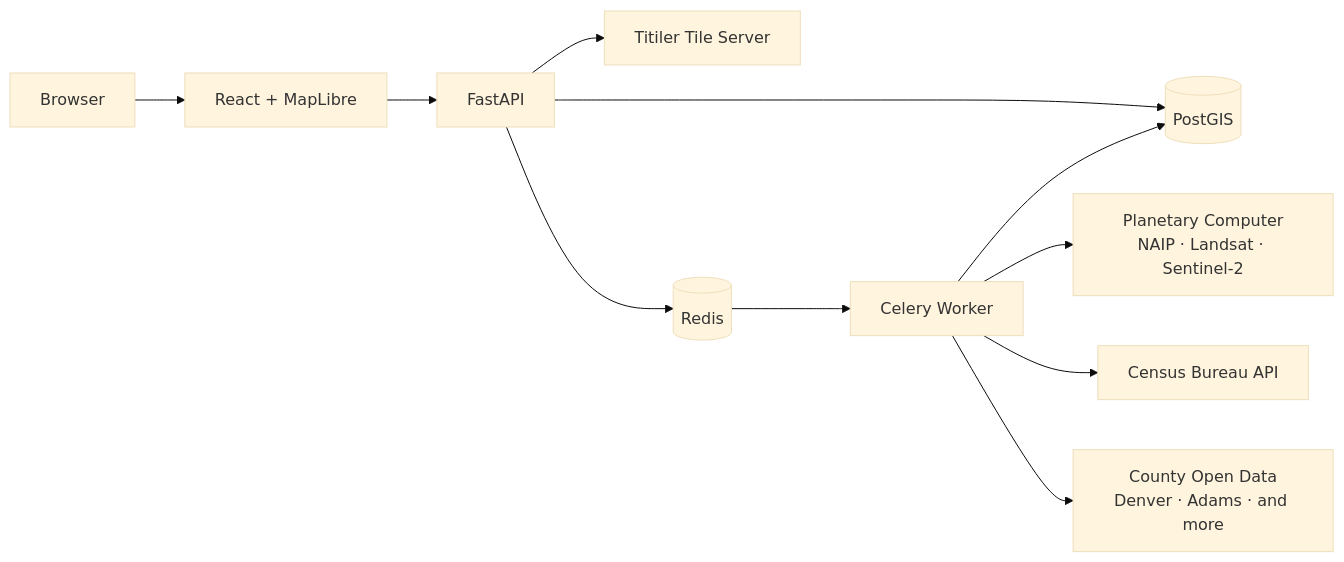
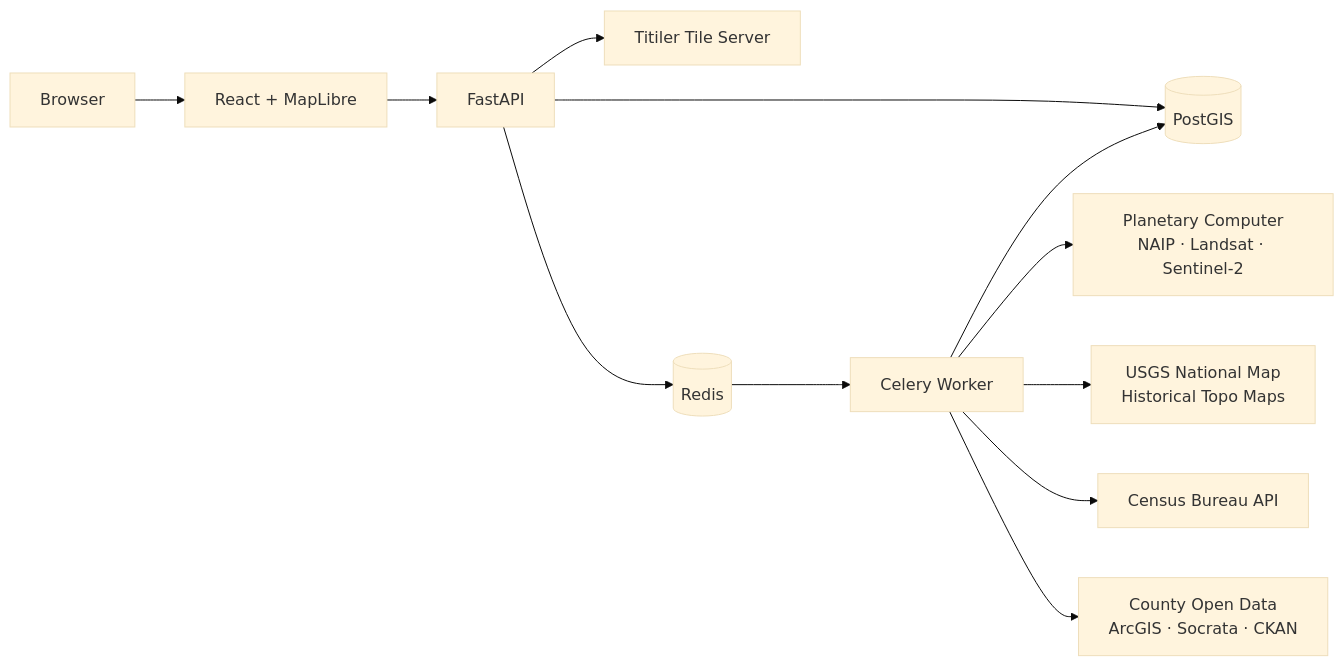
Before and after one commit to log0s/plotline: the diagram in README.md, drawn with Mermaid (base theme). The commit also changed other lines of this file and 11 other files, not shown here.

````diff
--- a/README.md
+++ b/README.md
@@ -40,13 +40,14 @@
 ```mermaid
 graph LR
     User[Browser] --> Frontend[React + MapLibre]
     Frontend --> API[FastAPI]
     API --> Titiler[Titiler Tile Server]
     API --> DB[(PostGIS)]
     API --> Redis[(Redis)]
     Redis --> Worker[Celery Worker]
     Worker --> STAC[Planetary Computer<br/>NAIP · Landsat · Sentinel-2]
+    Worker --> TNM[USGS National Map<br/>Historical Topo Maps]
     Worker --> Census[Census Bureau API]
-    Worker --> Socrata[County Open Data<br/>Denver · Adams · and more]
+    Worker --> Counties[County Open Data<br/>ArcGIS · Socrata · CKAN]
     Worker --> DB
 ```
````
